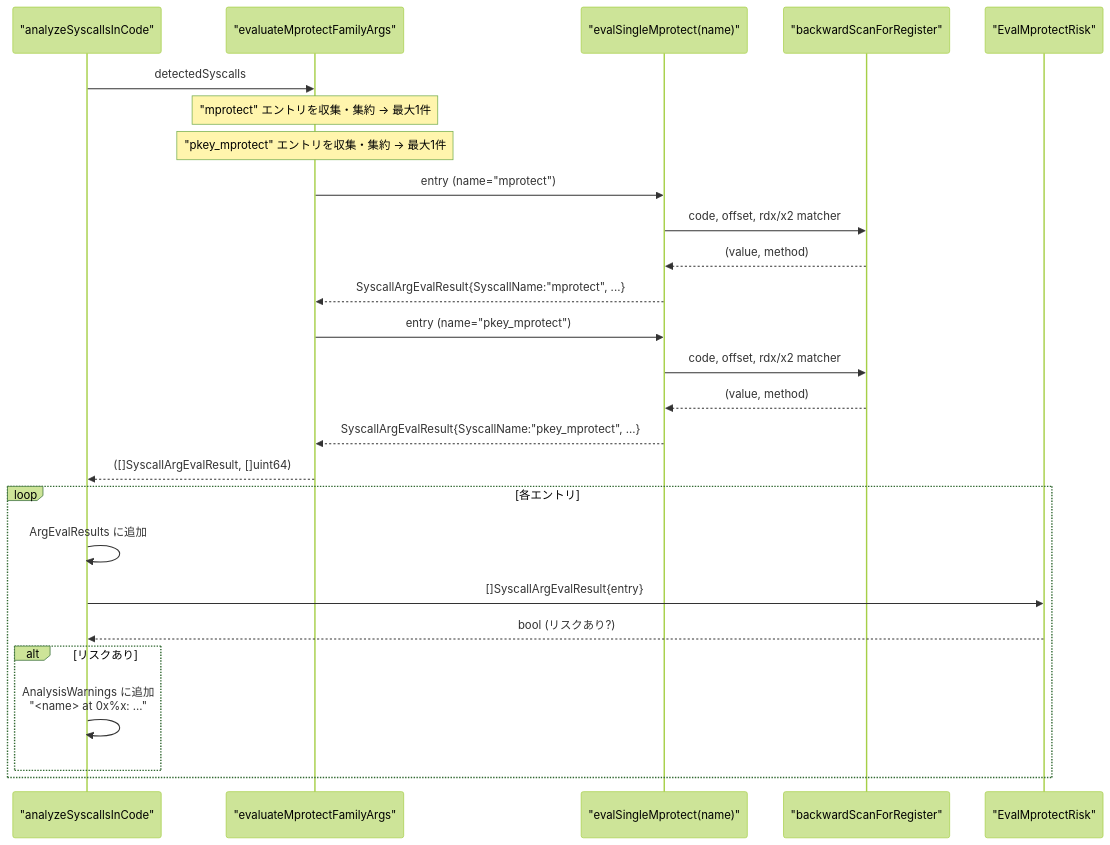
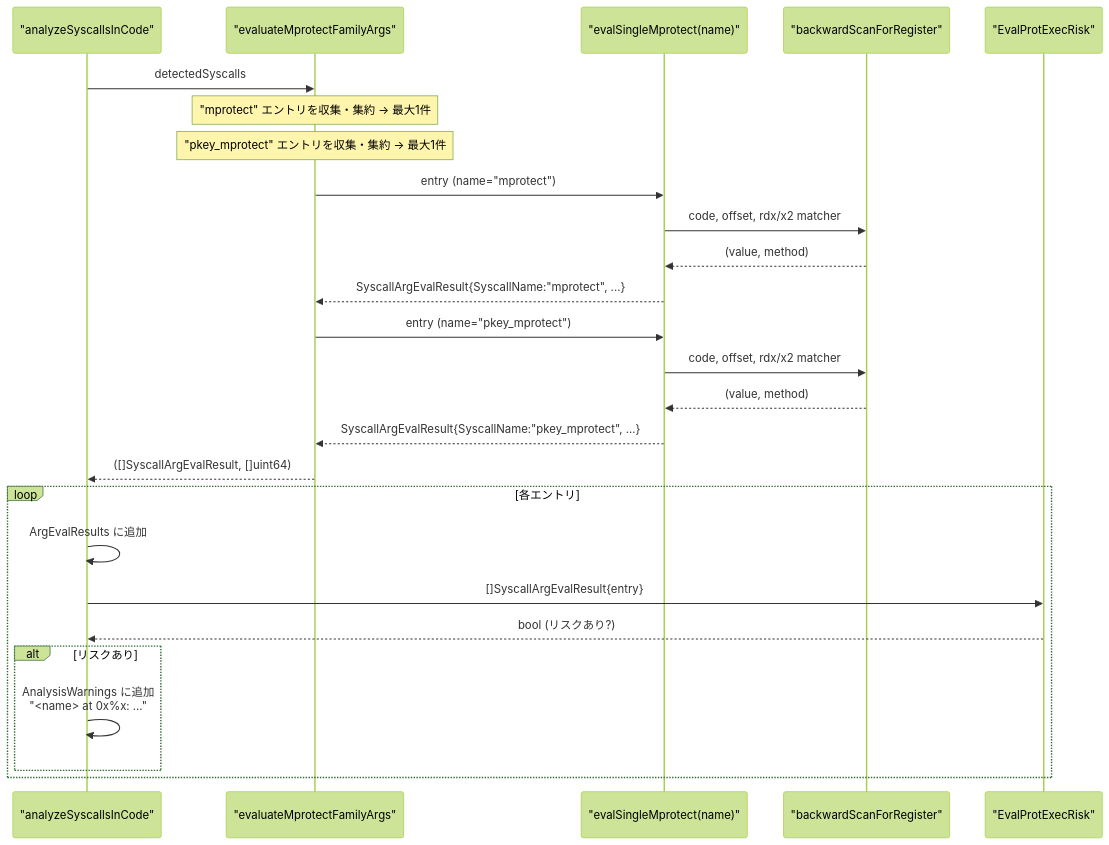
The fourth of 5 diagrams in docs/tasks/0081_pkey_mprotect_detection/02_architecture.md (isseis/go-safe-cmd-runner), drawn with Mermaid (forest theme) before and after one commit. The commit also changed other lines of this file and 3 other files, not shown here.

First line of the commit message:
docs(0081): rename EvalMprotectRisk to EvalProtExecRisk

````diff
--- a/docs/tasks/0081_pkey_mprotect_detection/02_architecture.md
+++ b/docs/tasks/0081_pkey_mprotect_detection/02_architecture.md
@@ -90,29 +90,29 @@
 ```mermaid
 sequenceDiagram
     participant ASIC as "analyzeSyscallsInCode"
     participant EMFA as "evaluateMprotectFamilyArgs"
     participant ESM as "evalSingleMprotect(name)"
     participant BSR as "backwardScanForRegister"
-    participant EMR as "EvalMprotectRisk"
+    participant EMR as "EvalProtExecRisk"
 
     ASIC->>EMFA: detectedSyscalls
     Note over EMFA: "mprotect" エントリを収集・集約 → 最大1件
     Note over EMFA: "pkey_mprotect" エントリを収集・集約 → 最大1件
     EMFA->>ESM: entry (name="mprotect")
     ESM->>BSR: code, offset, rdx/x2 matcher
     BSR-->>ESM: (value, method)
     ESM-->>EMFA: SyscallArgEvalResult{SyscallName:"mprotect", ...}
     EMFA->>ESM: entry (name="pkey_mprotect")
     ESM->>BSR: code, offset, rdx/x2 matcher
     BSR-->>ESM: (value, method)
     ESM-->>EMFA: SyscallArgEvalResult{SyscallName:"pkey_mprotect", ...}
     EMFA-->>ASIC: ([]SyscallArgEvalResult, []uint64)
     loop 各エントリ
         ASIC->>ASIC: ArgEvalResults に追加
         ASIC->>EMR: []SyscallArgEvalResult{entry}
         EMR-->>ASIC: bool (リスクあり?)
         alt リスクあり
             ASIC->>ASIC: AnalysisWarnings に追加<br>"<name> at 0x%x: ..."
         end
     end
 ```
````
